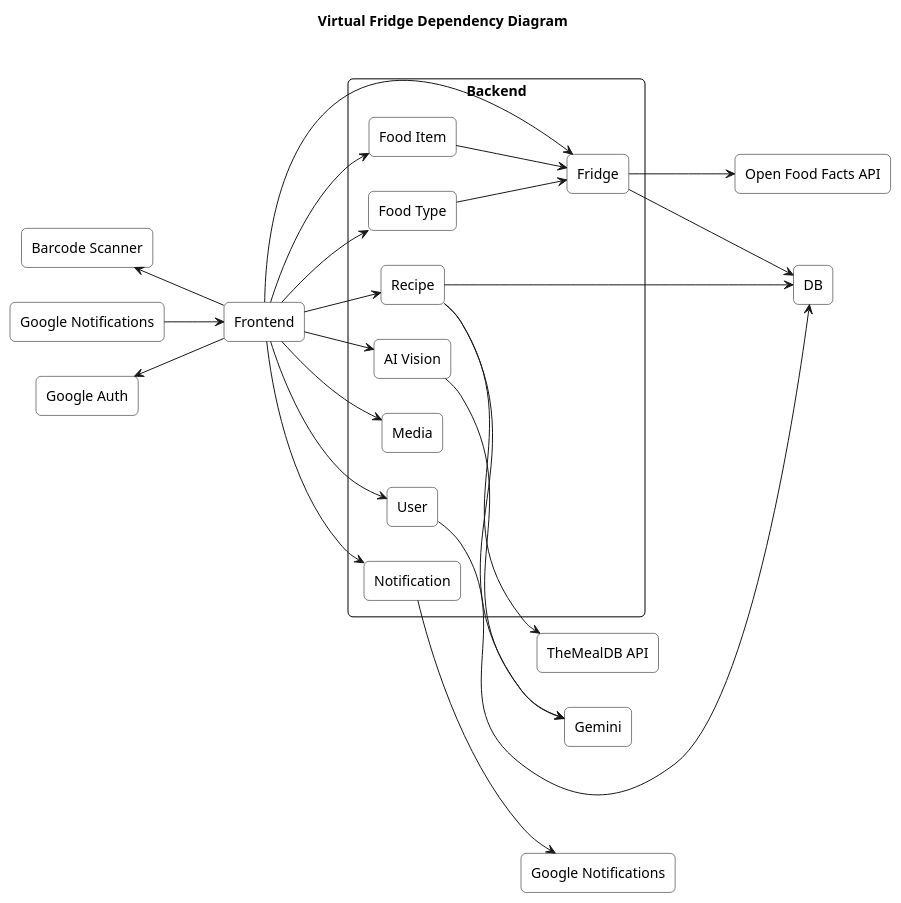
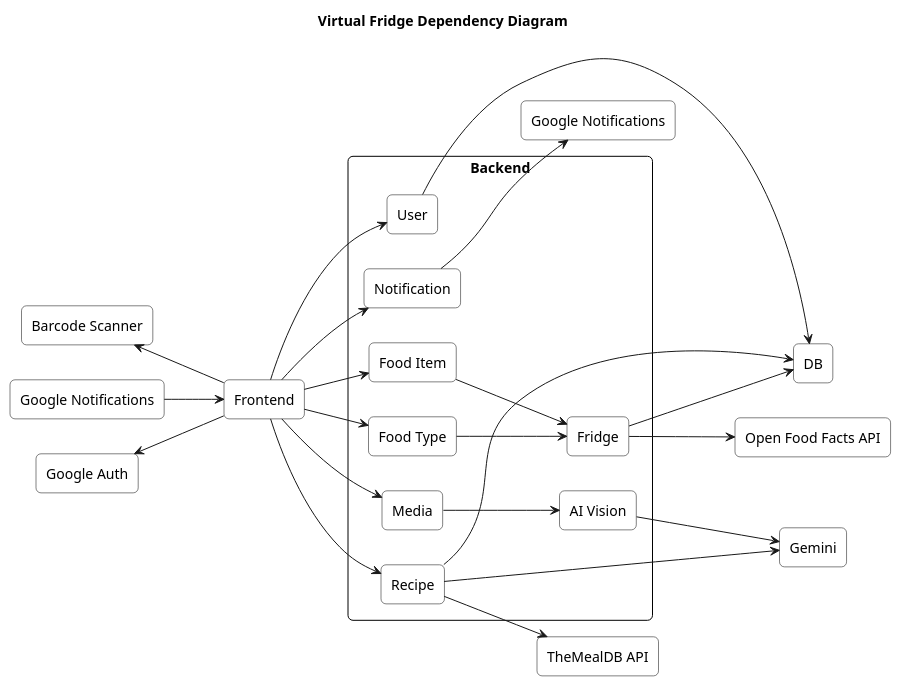
The diagram in documentation/diagrams/dependencyDiagram.plantuml (virtualfridge/virtualfridge), drawn with PlantUML before and after one commit.

Commit message:
fixed dependency diagram. Still a little wonky but

```diff
--- a/documentation/diagrams/dependencyDiagram.plantuml
+++ b/documentation/diagrams/dependencyDiagram.plantuml
@@ -1,65 +1,66 @@
 @startuml
 title Virtual Fridge Dependency Diagram
 left to right direction
 
 skinparam rectangle {
   BackgroundColor white
   BorderColor black
   RoundCorner 10
 }
 
 ' --- External modules on the left ---
 rectangle "Barcode Scanner" as BarcodeScanner
 rectangle "Google Notifications" as GoogleNotifications_Front
 rectangle "Google Auth" as GoogleAuth
 
 ' --- Frontend ---
 rectangle "Frontend" as Frontend
 
 ' --- Backend with internal components ---
 rectangle "Backend" as Backend {
     rectangle "Fridge" as Fridge
 		rectangle "Food Item" as FoodItem 
 		rectangle "Food Type" as FoodType
 		rectangle "AI Vision" as aiVision
 		rectangle "Media" as Media
     rectangle "User" as User
     rectangle "Notification" as Notification
     rectangle "Recipe" as Recipe
 }
 
 ' --- External APIs and DB on the right ---
 rectangle "Open Food Facts API" as OpenFoodFacts
 rectangle "DB" as DB
 rectangle "Google Notifications" as GoogleNotifications_Back
 rectangle "TheMealDB API" as TheMealDB
 rectangle "Gemini" as Gemini
 
 ' --- Connections (Left side to Frontend) ---
 BarcodeScanner <-- Frontend
 GoogleNotifications_Front --> Frontend
 GoogleAuth <-- Frontend
 
 ' --- Frontend to Backend ---
-Frontend --> Fridge
+' Frontend --> Fridge
 Frontend --> FoodItem
 Frontend --> FoodType
-Frontend --> aiVision
+' Frontend --> aiVision
 Frontend --> Media
 Frontend --> User
 Frontend --> Recipe
 Frontend --> Notification
 
 ' --- Backend internal and external connections ---
 Fridge --> OpenFoodFacts
 Fridge --> DB
 FoodItem --> Fridge
 FoodType --> Fridge
 aiVision --> Gemini
+Media --> aiVision
 User --> DB
 Recipe --> DB
 Recipe --> TheMealDB
 Recipe --> Gemini
 Notification --> GoogleNotifications_Back
 
 @enduml
```
